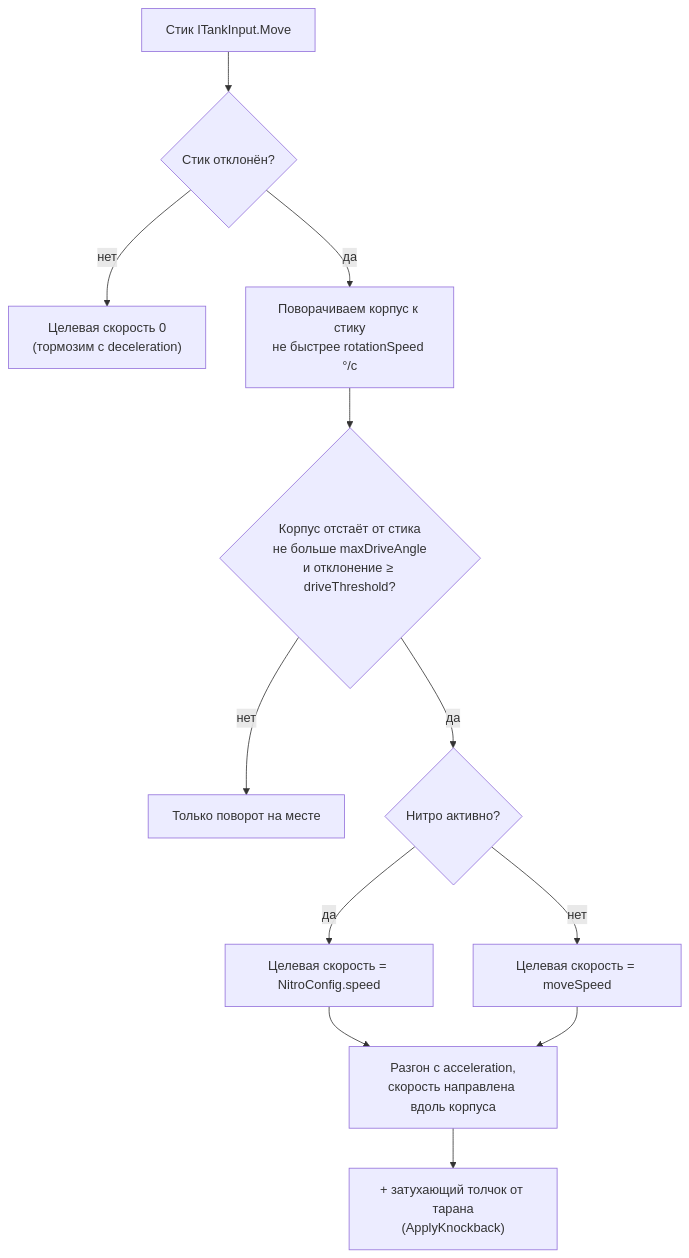
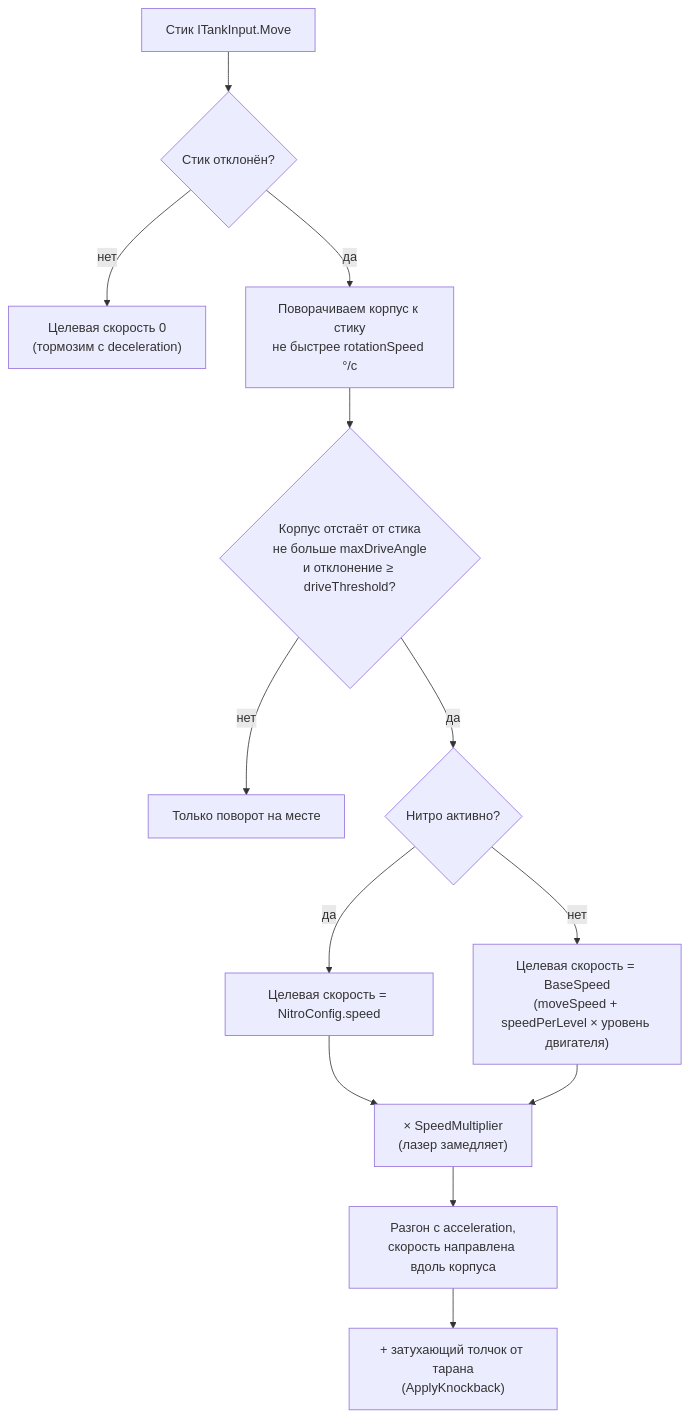
Before and after one commit to niikage7/burmalda-gamejam: the first of 2 diagrams in Documentation/articles/tank.md, drawn with Mermaid. The commit also changed other lines of this file and 33 other files, not shown here.

````diff
--- a/Documentation/articles/tank.md
+++ b/Documentation/articles/tank.md
@@ -18,14 +19,15 @@
 ```mermaid
 flowchart TD
     A["Стик ITankInput.Move"] --> B{"Стик отклонён?"}
     B -- нет --> S["Целевая скорость 0<br/>(тормозим с deceleration)"]
     B -- да --> T["Поворачиваем корпус к стику<br/>не быстрее rotationSpeed °/с"]
     T --> D{"Корпус отстаёт от стика<br/>не больше maxDriveAngle<br/>и отклонение ≥ driveThreshold?"}
     D -- нет --> S2["Только поворот на месте"]
     D -- да --> N{"Нитро активно?"}
     N -- да --> V1["Целевая скорость = NitroConfig.speed"]
-    N -- нет --> V2["Целевая скорость = moveSpeed"]
-    V1 --> V["Разгон с acceleration,<br/>скорость направлена вдоль корпуса"]
-    V2 --> V
+    N -- нет --> V2["Целевая скорость = BaseSpeed<br/>(moveSpeed + speedPerLevel × уровень двигателя)"]
+    V1 --> M["× SpeedMultiplier<br/>(лазер замедляет)"]
+    V2 --> M
+    M --> V["Разгон с acceleration,<br/>скорость направлена вдоль корпуса"]
     V --> K["+ затухающий толчок от тарана<br/>(ApplyKnockback)"]
 ```
````
